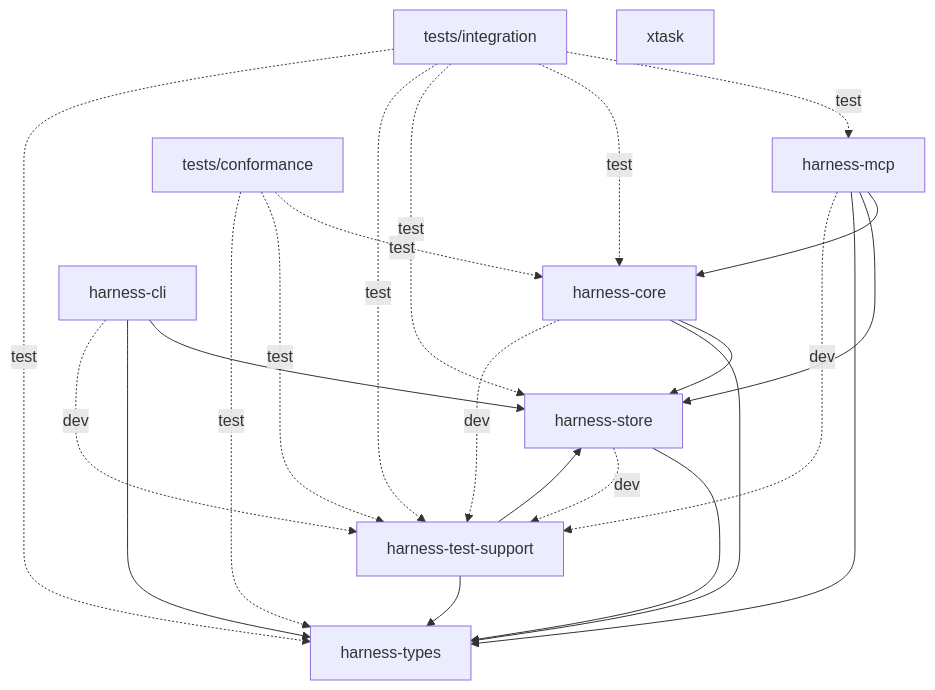
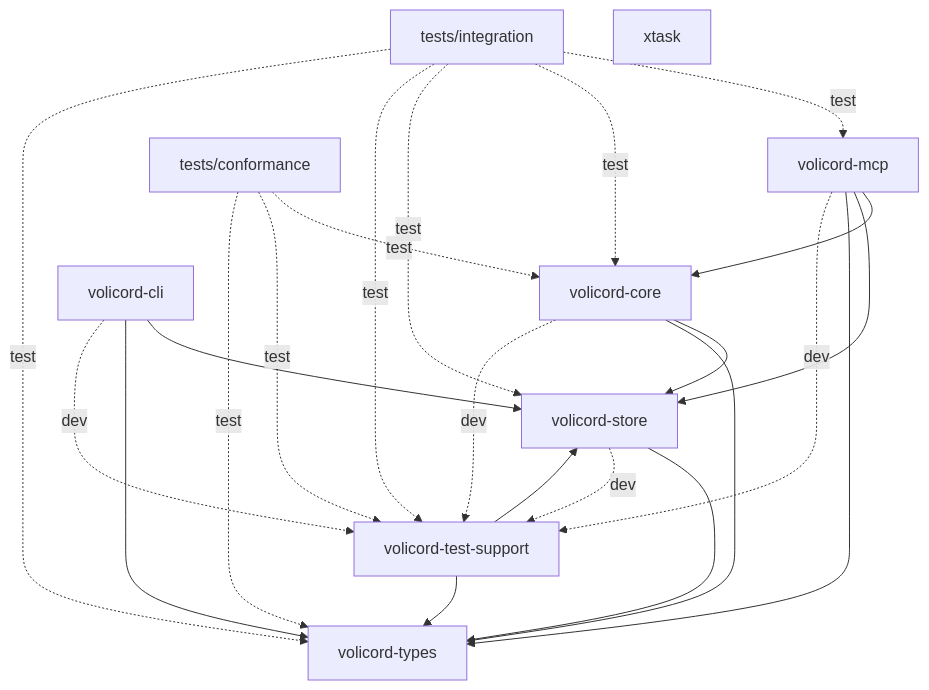
One commit to minjungw00/Harness_Project changed the second of 4 diagrams in docs/en/development/architecture.md. Above: the diagram before and after it, drawn with Mermaid. The commit also changed other lines of this file and 59 other files, not shown here.

````diff
--- a/docs/en/development/architecture.md
+++ b/docs/en/development/architecture.md
@@ -85,36 +85,36 @@
 ```mermaid
 flowchart TD
-  types["harness-types"]
-  store["harness-store"]
-  core["harness-core"]
-  cli["harness-cli"]
-  mcp["harness-mcp"]
-  support["harness-test-support"]
+  types["volicord-types"]
+  store["volicord-store"]
+  core["volicord-core"]
+  cli["volicord-cli"]
+  mcp["volicord-mcp"]
+  support["volicord-test-support"]
   conformance["tests/conformance"]
   integration["tests/integration"]
   xtask["xtask"]
 
   store --> types
   core --> store
   core --> types
   cli --> store
   cli --> types
   mcp --> core
   mcp --> store
   mcp --> types
   support --> store
   support --> types
 
   store -. dev .-> support
   core -. dev .-> support
   cli -. dev .-> support
   mcp -. dev .-> support
   conformance -. test .-> core
   conformance -. test .-> support
   conformance -. test .-> types
   integration -. test .-> mcp
   integration -. test .-> core
   integration -. test .-> store
   integration -. test .-> support
   integration -. test .-> types
 ```
````
